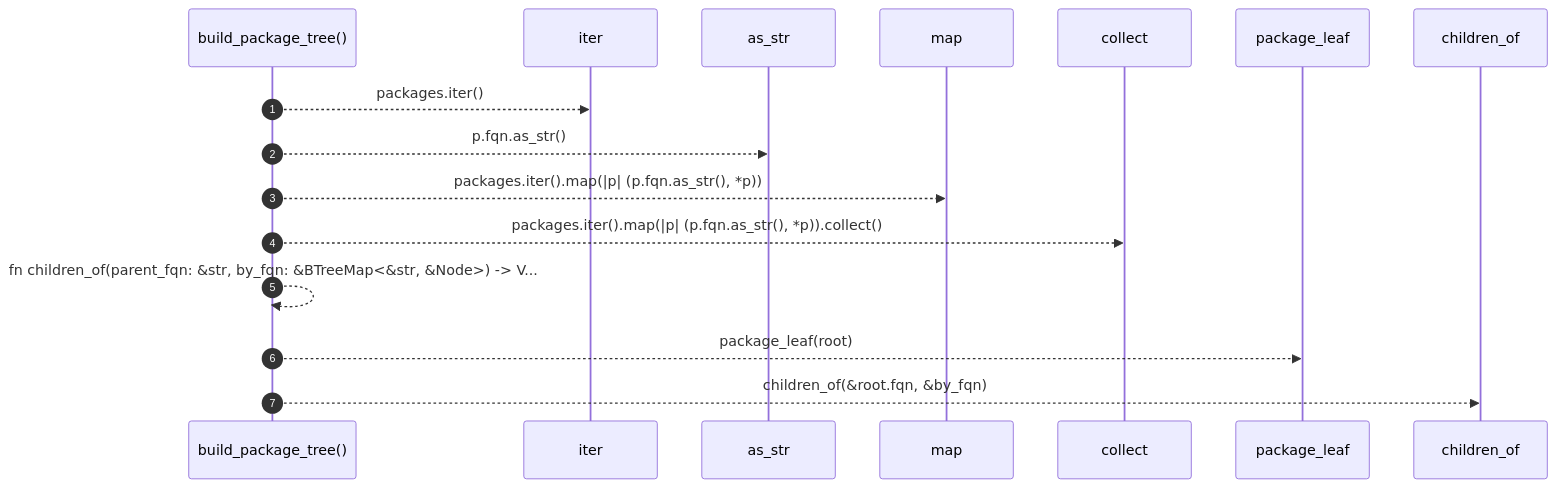
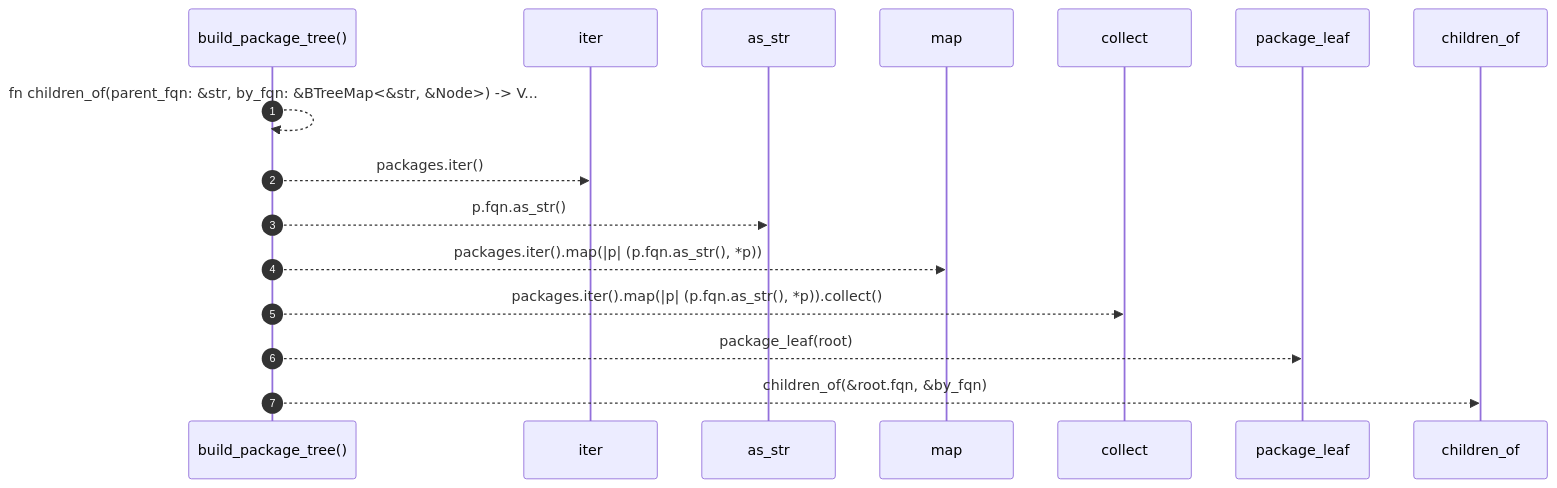
The diagram in docs/self-model/robby_render/view/deps/build-package-tree.md (RyanGuild/self-describing-code), drawn with Mermaid before and after one commit. The commit also changed other lines of this file and 747 other files, not shown here.

````diff
--- a/docs/self-model/robby_render/view/deps/build-package-tree.md
+++ b/docs/self-model/robby_render/view/deps/build-package-tree.md
@@ -38,18 +38,18 @@
 ```mermaid
 sequenceDiagram
     autonumber
     participant build_package_tree as build_package_tree()
     participant iter as iter
     participant as_str as as_str
     participant map as map
     participant collect as collect
     participant package_leaf as package_leaf
     participant children_of as children_of
+    build_package_tree-->>build_package_tree: fn children_of(parent_fqn: &str, by_fqn: &BTreeMap<&str, &Node>) -> V...
     build_package_tree-->>iter: packages.iter()
     build_package_tree-->>as_str: p.fqn.as_str()
     build_package_tree-->>map: packages.iter().map(|p| (p.fqn.as_str(), *p))
     build_package_tree-->>collect: packages.iter().map(|p| (p.fqn.as_str(), *p)).collect()
-    build_package_tree-->>build_package_tree: fn children_of(parent_fqn: &str, by_fqn: &BTreeMap<&str, &Node>) -> V...
     build_package_tree-->>package_leaf: package_leaf(root)
     build_package_tree-->>children_of: children_of(&root.fqn, &by_fqn)
 ```
````
